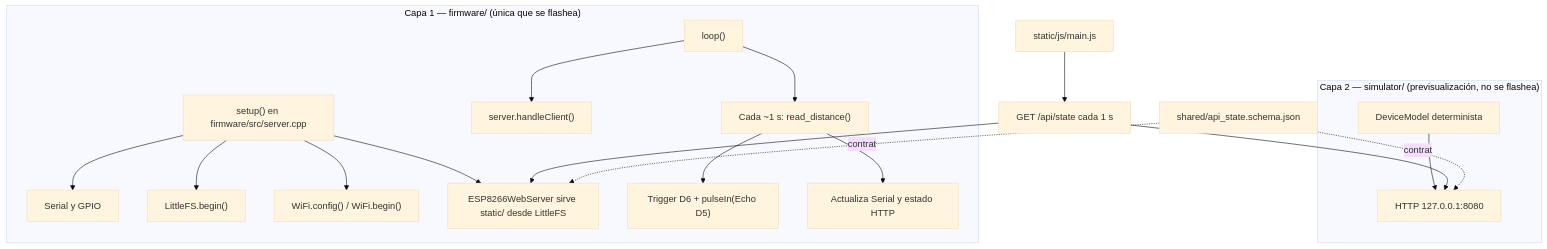
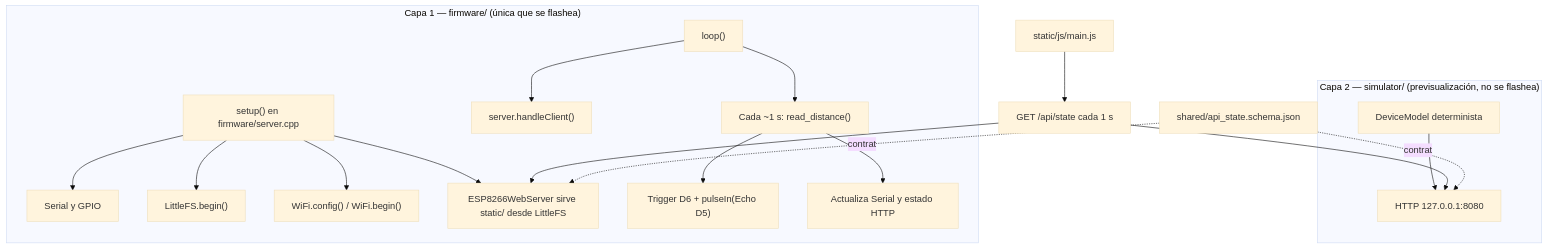
One commit to nesktf/alarma_tecnica changed the diagram in redes-ii-vault/Arquitectura/Simulacion y arquitectura del sistema.md. Above: the diagram before and after it, drawn with Mermaid (base theme). The commit also changed other lines of this file and 9 other files, not shown here.

````diff
--- a/redes-ii-vault/Arquitectura/Simulacion y arquitectura del sistema.md
+++ b/redes-ii-vault/Arquitectura/Simulacion y arquitectura del sistema.md
@@ -37,21 +37,21 @@
 ```mermaid
 flowchart TD
     subgraph FLASH["Capa 1 — firmware/ (única que se flashea)"]
-        A["setup() en firmware/src/server.cpp"] --> B["Serial y GPIO"]
+        A["setup() en firmware/server.cpp"] --> B["Serial y GPIO"]
         A --> C["LittleFS.begin()"]
         A --> D["WiFi.config() / WiFi.begin()"]
         A --> E["ESP8266WebServer sirve static/ desde LittleFS"]
         F["loop()"] --> G["server.handleClient()"]
         F --> H["Cada ~1 s: read_distance()"]
         H --> I["Trigger D6 + pulseIn(Echo D5)"]
         H --> J["Actualiza Serial y estado HTTP"]
     end
     subgraph PREVIEW["Capa 2 — simulator/ (previsualización, no se flashea)"]
         M["DeviceModel determinista"] --> S["HTTP 127.0.0.1:8080"]
     end
     K["static/js/main.js"] --> L["GET /api/state cada 1 s"]
     L --> E
     L --> S
     C2["shared/api_state.schema.json"] -.contrato.-> E
     C2 -.contrato.-> S
 ```
````
